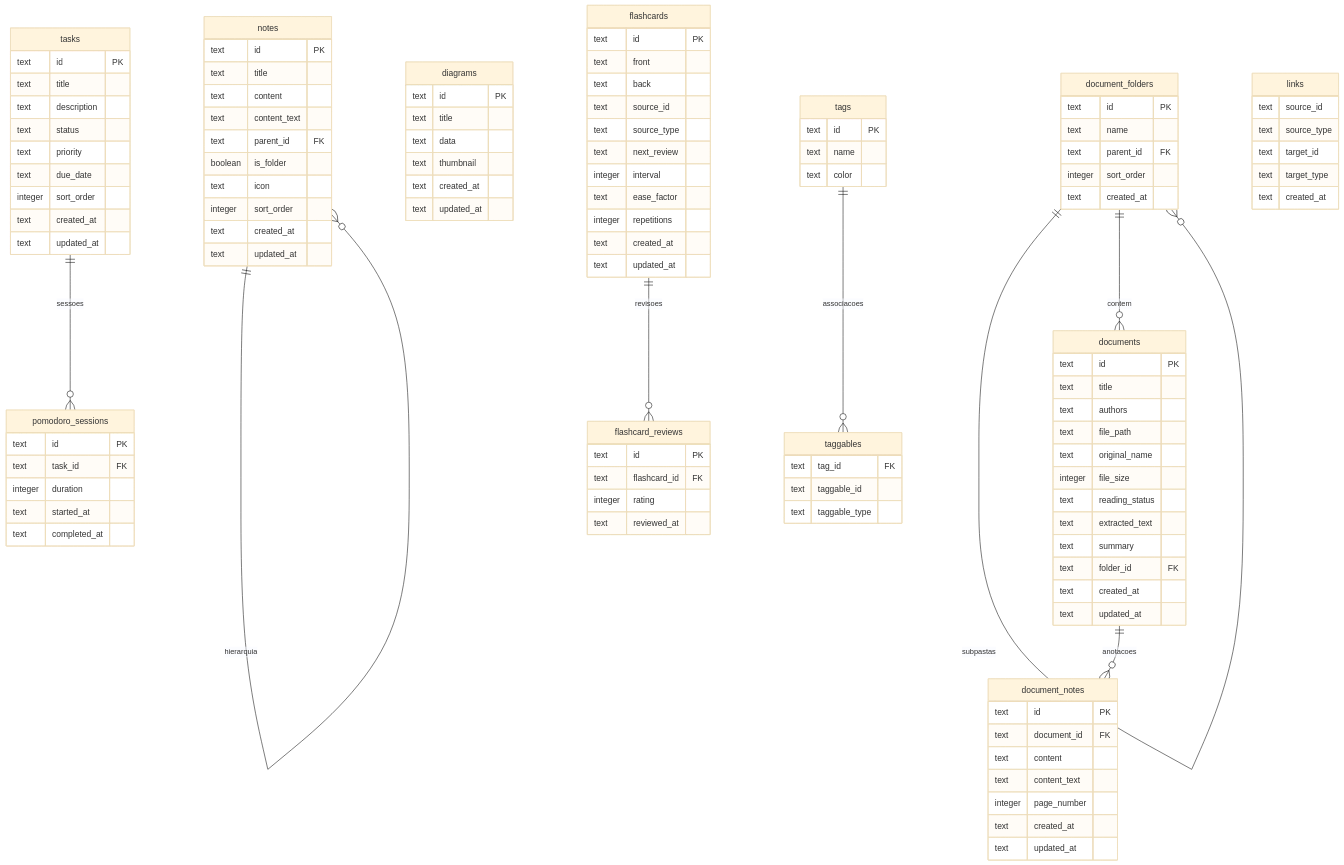
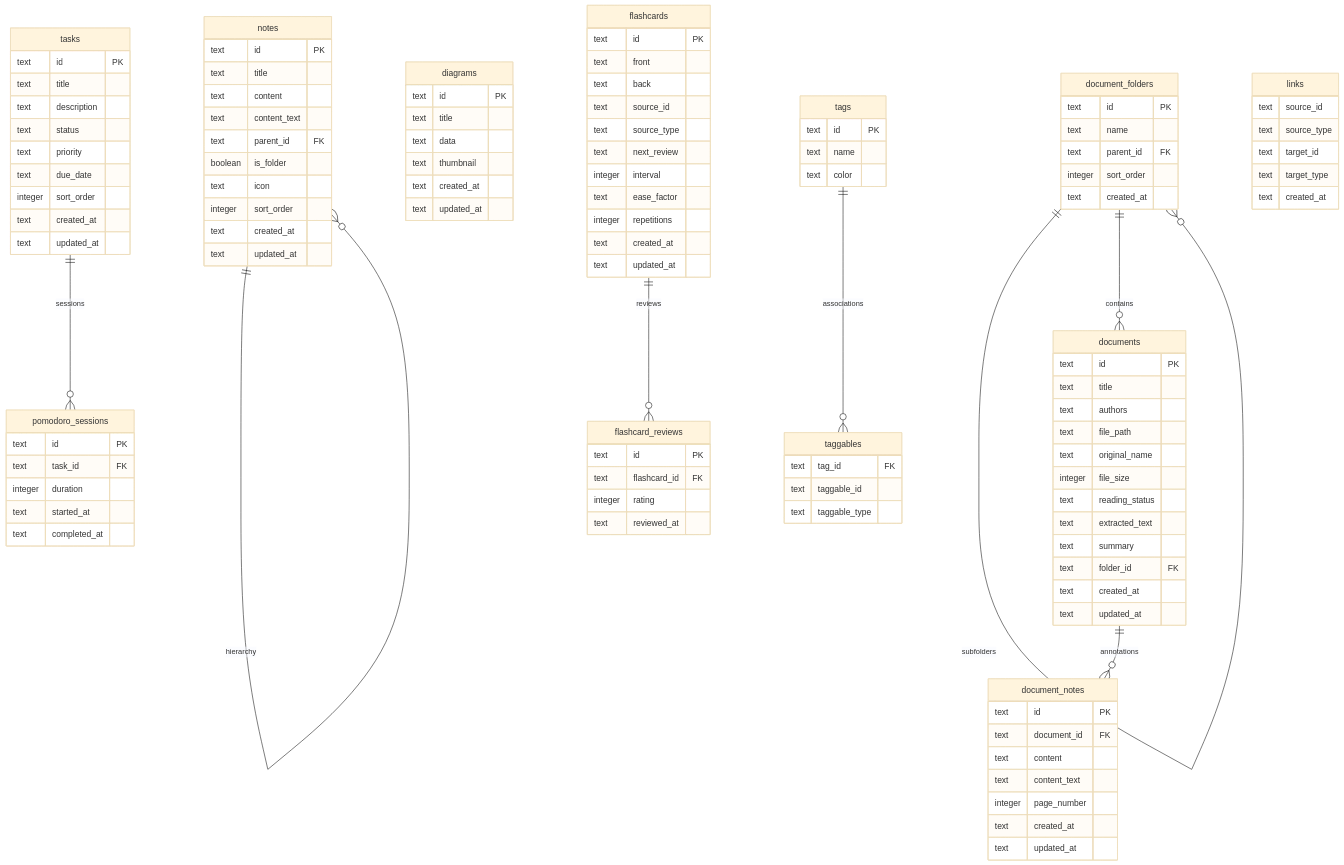
One commit to JoseJaan/Thoth changed the third of 3 diagrams in README.md. Above: the diagram before and after it, drawn with Mermaid (base theme). The commit also changed other lines of this file and 26 other files, not shown here.

```diff
--- a/README.md
+++ b/README.md
@@ -225,7 +225,7 @@
         text created_at
         text updated_at
     }
-    notes ||--o{ notes : "hierarquia"
+    notes ||--o{ notes : "hierarchy"
 
     document_folders {
         text id PK
@@ -234,7 +234,7 @@
         integer sort_order
         text created_at
     }
-    document_folders ||--o{ document_folders : "subpastas"
+    document_folders ||--o{ document_folders : "subfolders"
 
     documents {
         text id PK
@@ -250,7 +250,7 @@
         text created_at
         text updated_at
     }
-    document_folders ||--o{ documents : "contem"
+    document_folders ||--o{ documents : "contains"
 
     document_notes {
         text id PK
@@ -261,7 +261,7 @@
         text created_at
         text updated_at
     }
-    documents ||--o{ document_notes : "anotacoes"
+    documents ||--o{ document_notes : "annotations"
 
     diagrams {
         text id PK
@@ -291,7 +291,7 @@
         text started_at
         text completed_at
     }
-    tasks ||--o{ pomodoro_sessions : "sessoes"
+    tasks ||--o{ pomodoro_sessions : "sessions"
 
     flashcards {
         text id PK
@@ -313,7 +313,7 @@
         integer rating
         text reviewed_at
     }
-    flashcards ||--o{ flashcard_reviews : "revisoes"
+    flashcards ||--o{ flashcard_reviews : "reviews"
 
     tags {
         text id PK
@@ -326,7 +326,7 @@
         text taggable_id
         text taggable_type
     }
-    tags ||--o{ taggables : "associacoes"
+    tags ||--o{ taggables : "associations"
 
     links {
         text source_id
```
